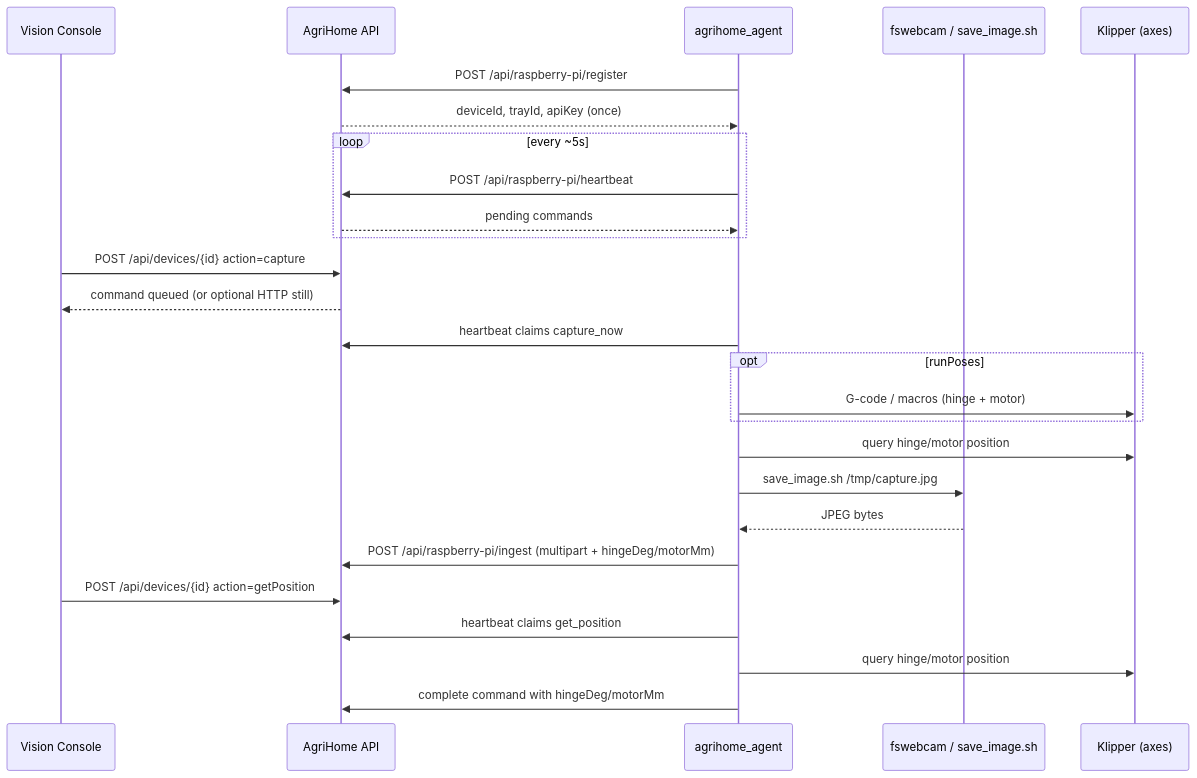
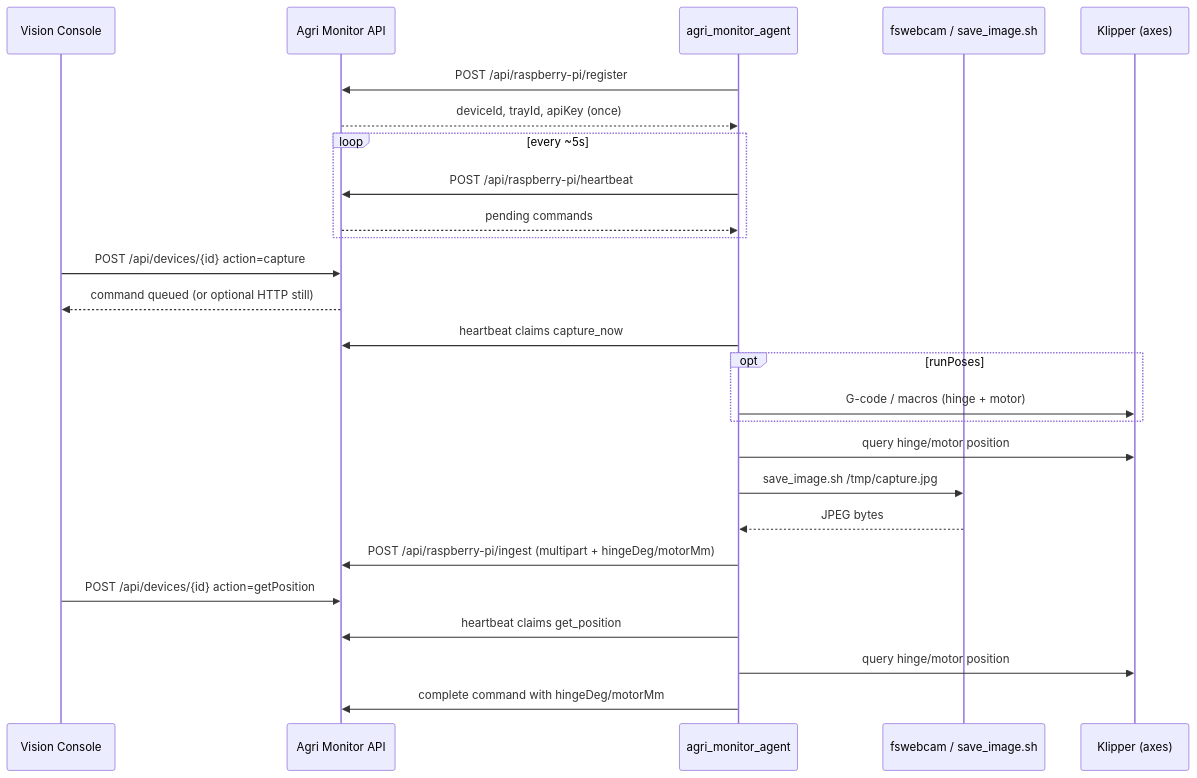
One commit to smriticodes/agri-monitor changed the diagram in docs/ops/RASPBERRY_PI_KLIPPER.md. Above: the diagram before and after it, drawn with Mermaid. The commit also changed other lines of this file and 68 other files, not shown here.

````diff
--- a/docs/ops/RASPBERRY_PI_KLIPPER.md
+++ b/docs/ops/RASPBERRY_PI_KLIPPER.md
@@ -49,29 +49,29 @@
 ```mermaid
 sequenceDiagram
   participant UI as Vision Console
-  participant AH as AgriHome API
-  participant Agent as agrihome_agent
+  participant AH as Agri Monitor API
+  participant Agent as agri_monitor_agent
   participant Cam as fswebcam / save_image.sh
   participant K as Klipper (axes)
 
   Agent->>AH: POST /api/raspberry-pi/register
   AH-->>Agent: deviceId, trayId, apiKey (once)
   loop every ~5s
     Agent->>AH: POST /api/raspberry-pi/heartbeat
     AH-->>Agent: pending commands
   end
   UI->>AH: POST /api/devices/{id} action=capture
   AH-->>UI: command queued (or optional HTTP still)
   Agent->>AH: heartbeat claims capture_now
   opt runPoses
     Agent->>K: G-code / macros (hinge + motor)
   end
   Agent->>K: query hinge/motor position
   Agent->>Cam: save_image.sh /tmp/capture.jpg
   Cam-->>Agent: JPEG bytes
   Agent->>AH: POST /api/raspberry-pi/ingest (multipart + hingeDeg/motorMm)
   UI->>AH: POST /api/devices/{id} action=getPosition
   Agent->>AH: heartbeat claims get_position
   Agent->>K: query hinge/motor position
   Agent->>AH: complete command with hingeDeg/motorMm
 ```
````
